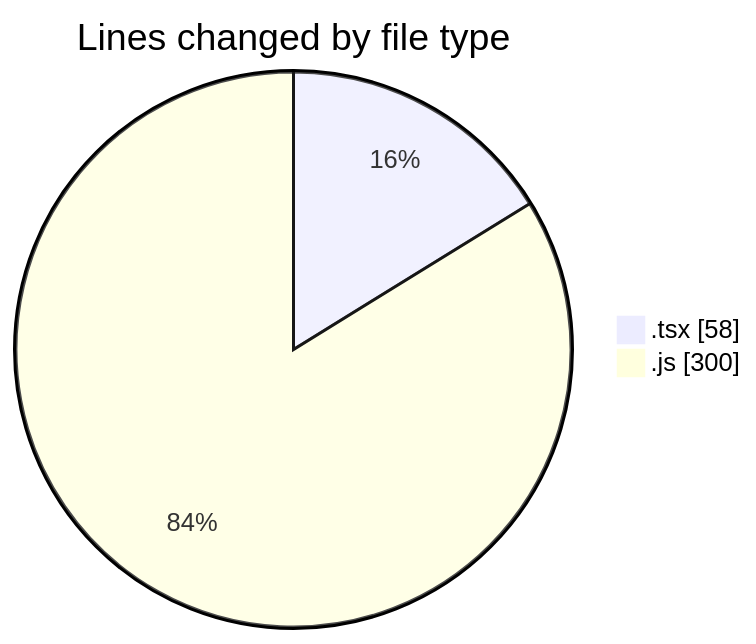
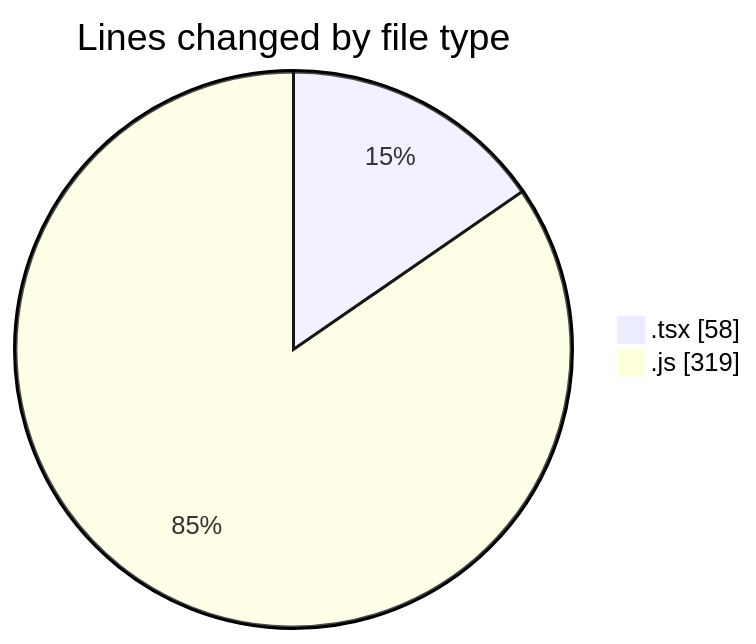
Before and after one commit to momahboobian/code-tracking: the first of 2 diagrams in 2025-03-07/cda/README.md, drawn with Mermaid. The commit also changed other lines of this file and 1 other file, not shown here.

````diff
--- a/2025-03-07/cda/README.md
+++ b/2025-03-07/cda/README.md
@@ -22,6 +22,6 @@
 ```mermaid
 pie showData
 title Lines changed by file type
 ".tsx" : 58
-".js" : 300
+".js" : 319
 ```
````
